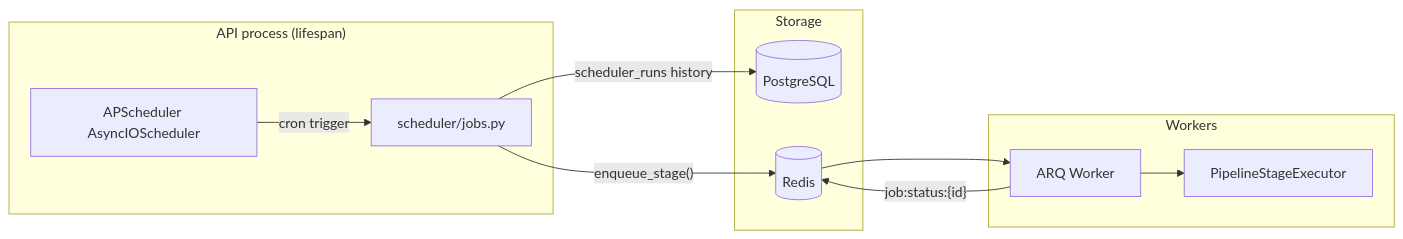
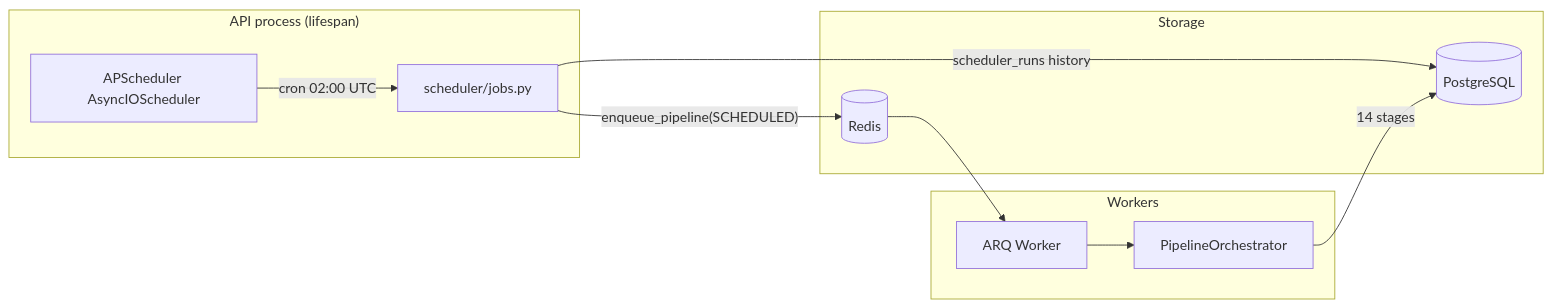
One commit to SandeebAdhikari/venture-studio changed the first of 2 diagrams in docs/scheduler.md. Above: the diagram before and after it, drawn with Mermaid. The commit also changed other lines of this file and 9 other files, not shown here.

````diff
--- a/docs/scheduler.md
+++ b/docs/scheduler.md
@@ -11,24 +13,24 @@
 ```mermaid
 flowchart LR
     subgraph SchedulerProcess["API process (lifespan)"]
         APS[APScheduler AsyncIOScheduler]
         SJ[scheduler/jobs.py]
     end
 
     subgraph Storage
         PG[(PostgreSQL)]
         Redis[(Redis)]
     end
 
     subgraph Workers
         ARQ[ARQ Worker]
-        EX[PipelineStageExecutor]
+        ORCH[PipelineOrchestrator]
     end
 
-    APS -->|"cron trigger"| SJ
+    APS -->|"cron 02:00 UTC"| SJ
     SJ -->|"scheduler_runs history"| PG
-    SJ -->|"enqueue_stage()"| Redis
+    SJ -->|"enqueue_pipeline(SCHEDULED)"| Redis
     Redis --> ARQ
-    ARQ --> EX
-    ARQ -->|"job:status:{id}"| Redis
+    ARQ --> ORCH
+    ORCH -->|"14 stages"| PG
 ```
````
